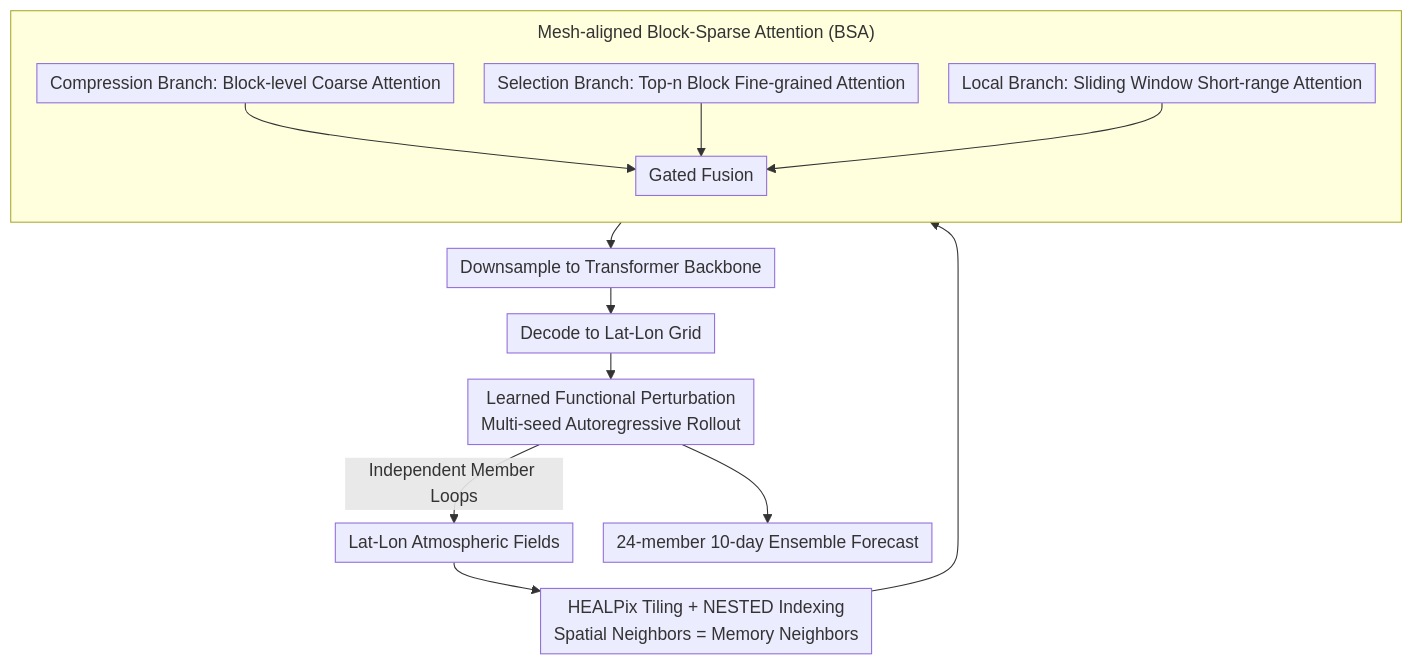
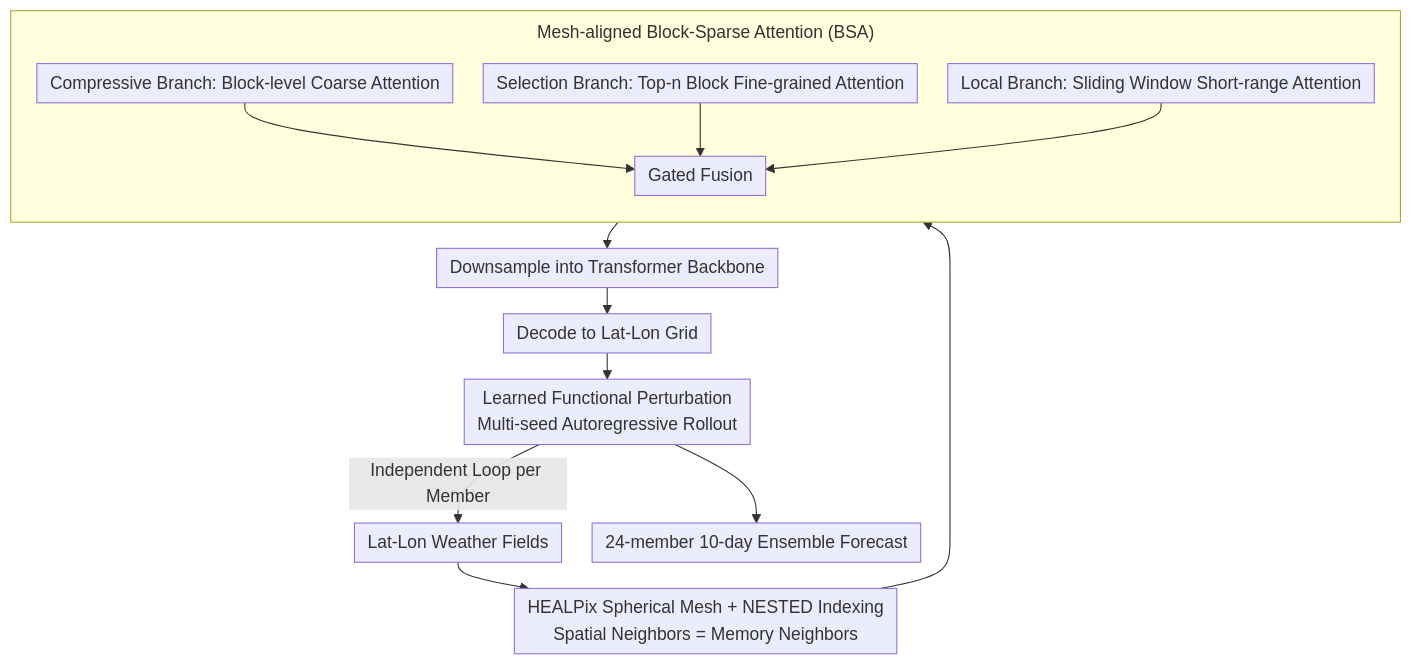
Before and after one commit to zhaoyang97/Paper-Notes-en: the diagram in docs/ICML2026/earth_science/sparse_attention_to_the_details_preserving_spectral_fidelity_in_ml-based_weather.md, drawn with Mermaid. The commit also changed other lines of this file and 5084 other files, not shown here.

````diff
--- a/docs/ICML2026/earth_science/sparse_attention_to_the_details_preserving_spectral_fidelity_in_ml-based_weather.md
+++ b/docs/ICML2026/earth_science/sparse_attention_to_the_details_preserving_spectral_fidelity_in_ml-based_weather.md
@@ -43,17 +43,17 @@
 ```mermaid
 %%{init: {'flowchart': {'rankSpacing': 24, 'nodeSpacing': 28, 'padding': 6, 'wrappingWidth': 400, 'subGraphTitleMargin': {'top': 8, 'bottom': 16}}}}%%
 flowchart TD
-    A["Lat-Lon Atmospheric Fields"] --> B["HEALPix Tiling + NESTED Indexing<br/>Spatial Neighbors = Memory Neighbors"]
+    A["Lat-Lon Weather Fields"] --> B["HEALPix Spherical Mesh + NESTED Indexing<br/>Spatial Neighbors = Memory Neighbors"]
     subgraph C["Mesh-aligned Block-Sparse Attention (BSA)"]
         direction TB
-        C1["Compression Branch: Block-level Coarse Attention"] --> C4["Gated Fusion"]
+        C1["Compressive Branch: Block-level Coarse Attention"] --> C4["Gated Fusion"]
         C2["Selection Branch: Top-n Block Fine-grained Attention"] --> C4
         C3["Local Branch: Sliding Window Short-range Attention"] --> C4
     end
     B --> C
-    C --> D["Downsample to Transformer Backbone"]
+    C --> D["Downsample into Transformer Backbone"]
     D --> E["Decode to Lat-Lon Grid"]
     E --> F["Learned Functional Perturbation<br/>Multi-seed Autoregressive Rollout"]
-    F -->|Independent Member Loops| A
+    F -->|Independent Loop per Member| A
     F --> G["24-member 10-day Ensemble Forecast"]
 ```
````
